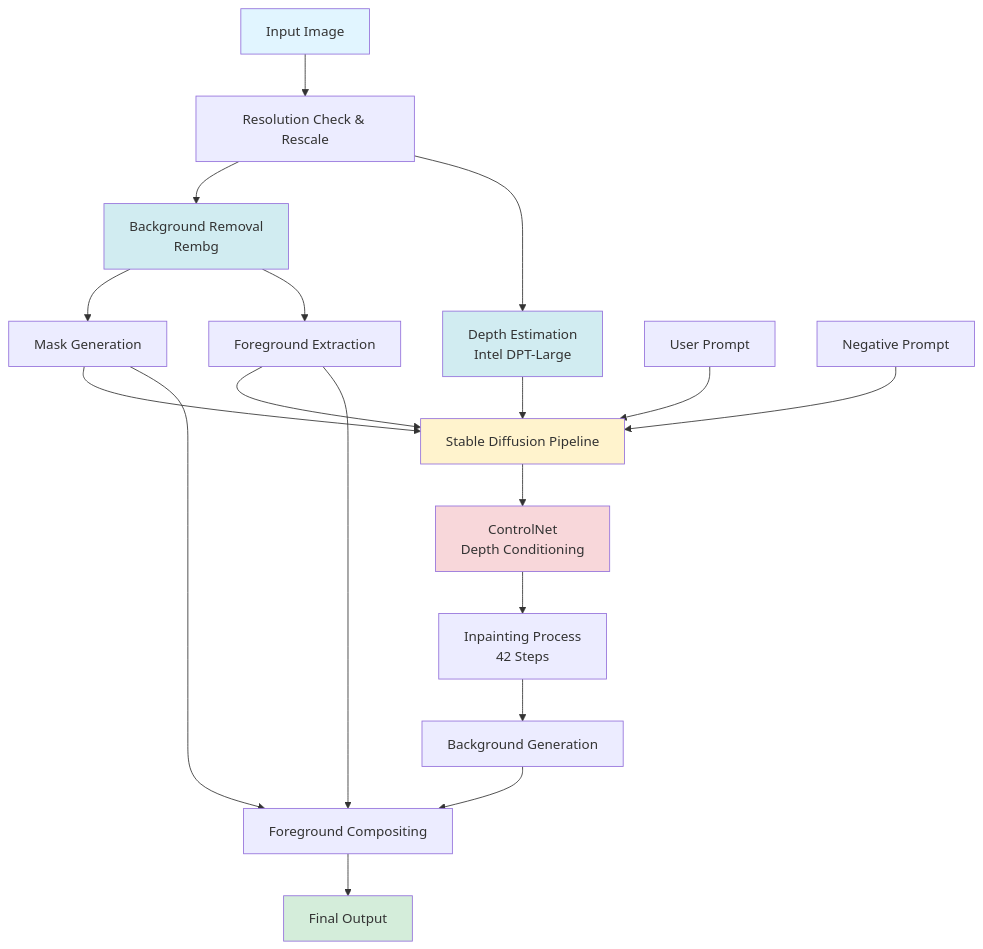
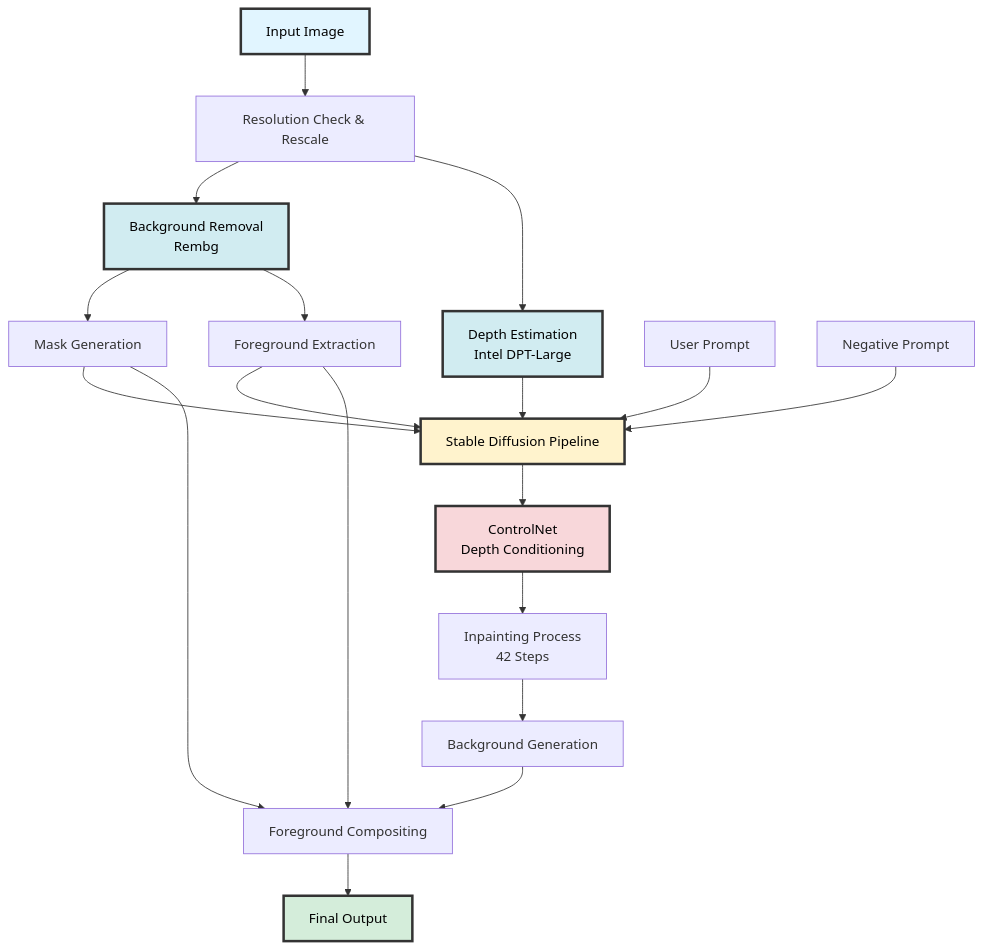
One commit to baloglu321/Background-Generator changed the diagram in README.md. Above: the diagram before and after it, drawn with Mermaid. The commit also changed other lines of this file, not shown here.

````diff
--- a/README.md
+++ b/README.md
@@ -49,30 +36,30 @@
 ```mermaid
 graph TB
     A[Input Image] --> B[Resolution Check & Rescale]
     B --> C[Background Removal<br/>Rembg]
     C --> D[Mask Generation]
     C --> E[Foreground Extraction]
     B --> F[Depth Estimation<br/>Intel DPT-Large]
     
     D --> G[Stable Diffusion Pipeline]
     E --> G
     F --> G
     H[User Prompt] --> G
     I[Negative Prompt] --> G
     
     G --> J[ControlNet<br/>Depth Conditioning]
     J --> K[Inpainting Process<br/>42 Steps]
     K --> L[Background Generation]
     
     L --> M[Foreground Compositing]
     E --> M
     D --> M
     M --> N[Final Output]
     
-    style A fill:#e1f5ff
-    style N fill:#d4edda
-    style G fill:#fff3cd
-    style J fill:#f8d7da
-    style C fill:#d1ecf1
-    style F fill:#d1ecf1
+    style A fill:#e1f5ff,stroke:#333,stroke-width:3px,color:#000
+    style N fill:#d4edda,stroke:#333,stroke-width:3px,color:#000
+    style G fill:#fff3cd,stroke:#333,stroke-width:3px,color:#000
+    style J fill:#f8d7da,stroke:#333,stroke-width:3px,color:#000
+    style C fill:#d1ecf1,stroke:#333,stroke-width:3px,color:#000
+    style F fill:#d1ecf1,stroke:#333,stroke-width:3px,color:#000
 ```
````
